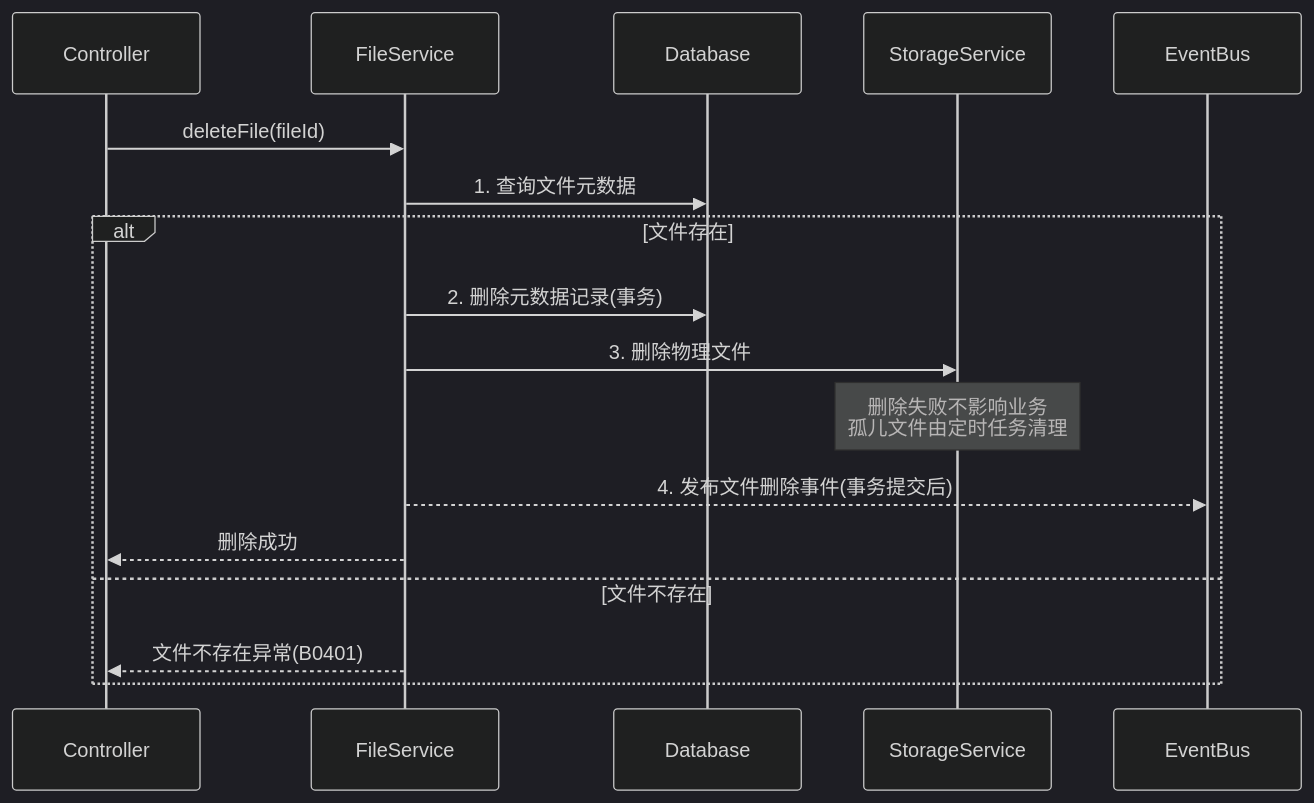
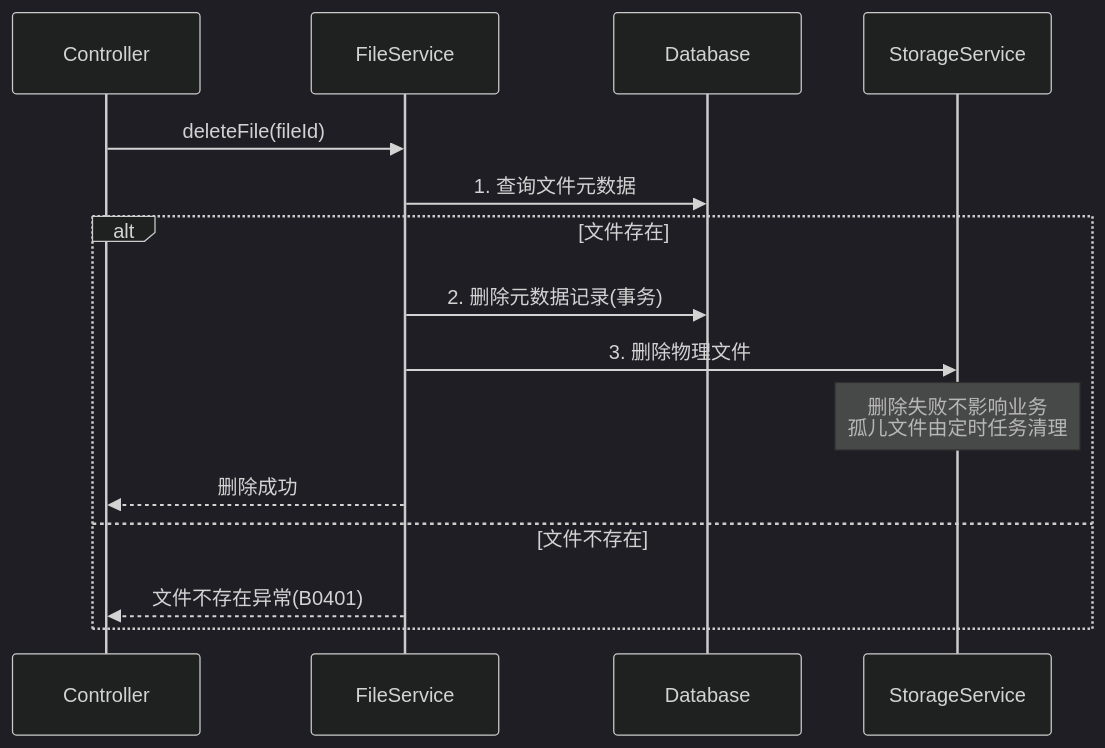
Before and after one commit to earthy-zinc/dehaze-system: the fourth of 4 diagrams in dehaze-doc/docs/03-模块设计/基础模块/文件管理/后端实现.md, drawn with Mermaid (dark theme). The commit also changed other lines of this file and 61 other files, not shown here.

````diff
--- a/dehaze-doc/docs/03-模块设计/基础模块/文件管理/后端实现.md
+++ b/dehaze-doc/docs/03-模块设计/基础模块/文件管理/后端实现.md
@@ -194,20 +183,18 @@
 ```mermaid
 sequenceDiagram
     participant Controller
     participant Service as FileService
     participant DB as Database
     participant Storage as StorageService
-    participant Event as EventBus
 
     Controller->>Service: deleteFile(fileId)
     Service->>DB: 1. 查询文件元数据
     alt 文件存在
         Service->>DB: 2. 删除元数据记录(事务)
         Service->>Storage: 3. 删除物理文件
         Note over Storage: 删除失败不影响业务<br/>孤儿文件由定时任务清理
-        Service-->>Event: 4. 发布文件删除事件(事务提交后)
         Service-->>Controller: 删除成功
     else 文件不存在
         Service-->>Controller: 文件不存在异常(B0401)
     end
 ```
````
